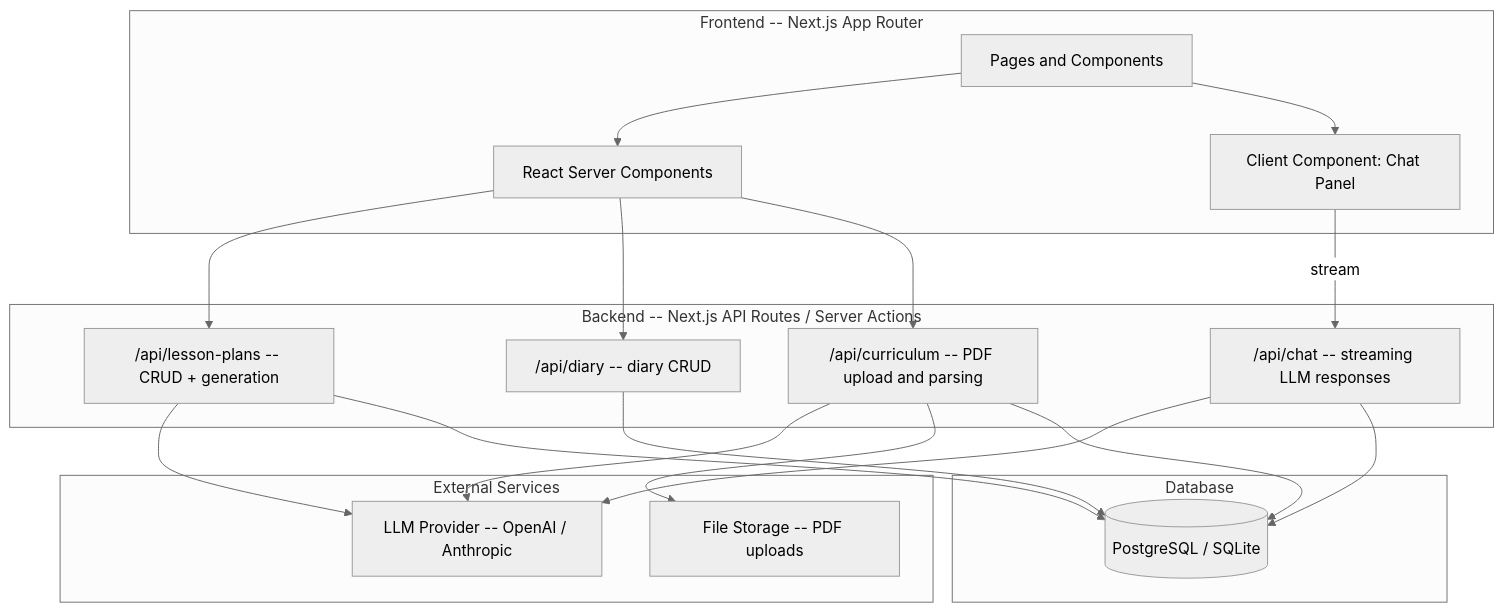
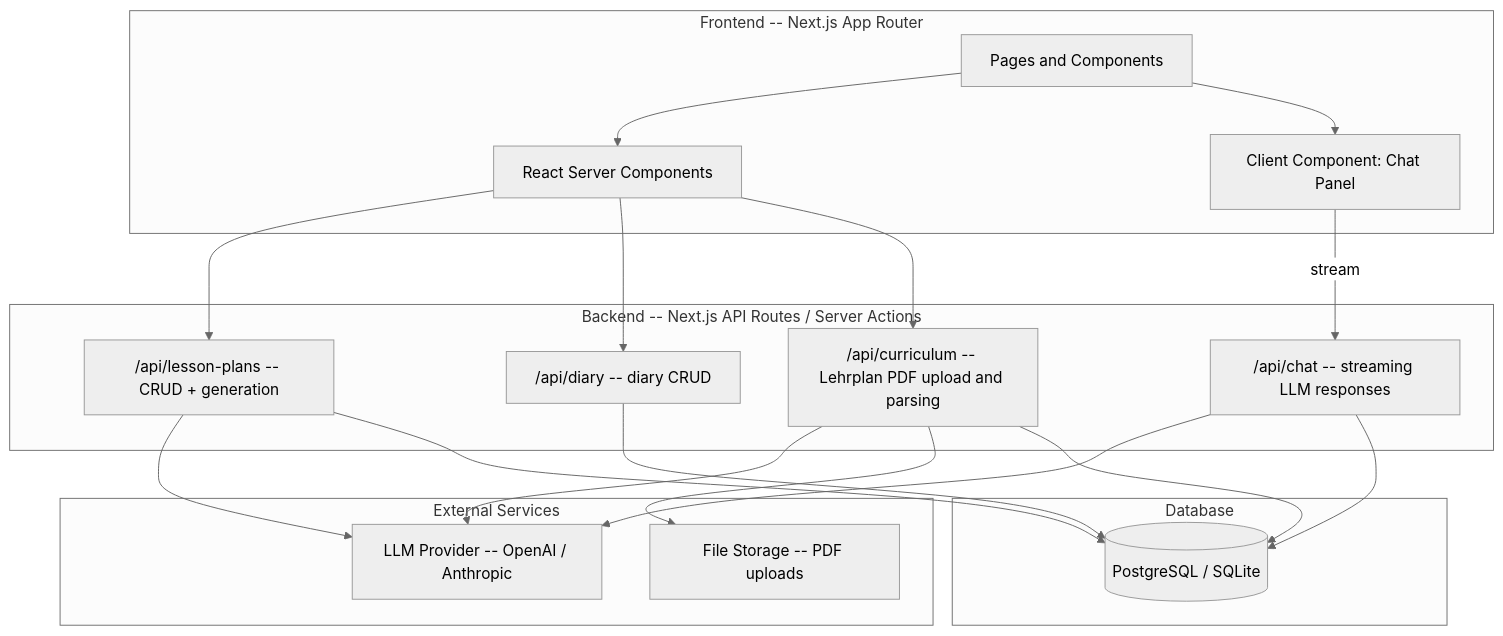
Before and after one commit to Code-Snap-UG/chalkdust: the eighth of 10 diagrams in docs/features/lesson-planning.md, drawn with Mermaid (neutral theme). The commit also changed other lines of this file and 27 other files, not shown here.

````diff
--- a/docs/features/lesson-planning.md
+++ b/docs/features/lesson-planning.md
@@ -362,39 +362,39 @@
 ```mermaid
 flowchart TD
     subgraph frontend [Frontend -- Next.js App Router]
         Pages[Pages and Components]
         RSC[React Server Components]
         ClientChat[Client Component: Chat Panel]
     end
 
     subgraph backend [Backend -- Next.js API Routes / Server Actions]
-        CurriculumAPI["/api/curriculum -- PDF upload and parsing"]
+        CurriculumAPI["/api/curriculum -- Lehrplan PDF upload and parsing"]
         PlanAPI["/api/lesson-plans -- CRUD + generation"]
         ChatAPI["/api/chat -- streaming LLM responses"]
         DiaryAPI["/api/diary -- diary CRUD"]
     end
 
     subgraph external [External Services]
         LLM[LLM Provider -- OpenAI / Anthropic]
         Storage[File Storage -- PDF uploads]
     end
 
     subgraph database [Database]
         DB[(PostgreSQL / SQLite)]
     end
 
     Pages --> RSC
     Pages --> ClientChat
     ClientChat -->|stream| ChatAPI
     RSC --> PlanAPI
     RSC --> DiaryAPI
     RSC --> CurriculumAPI
     CurriculumAPI --> LLM
     ChatAPI --> LLM
     PlanAPI --> LLM
     CurriculumAPI --> Storage
     CurriculumAPI --> DB
     PlanAPI --> DB
     DiaryAPI --> DB
     ChatAPI --> DB
 ```
````
